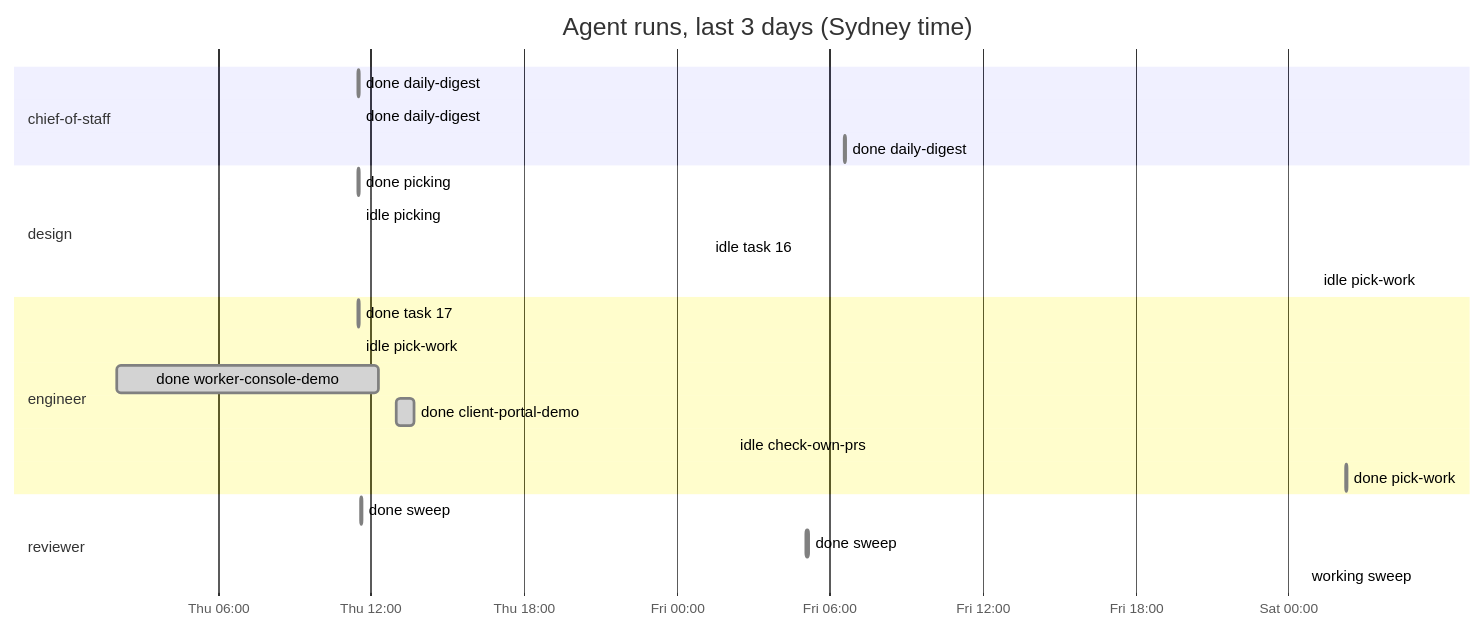
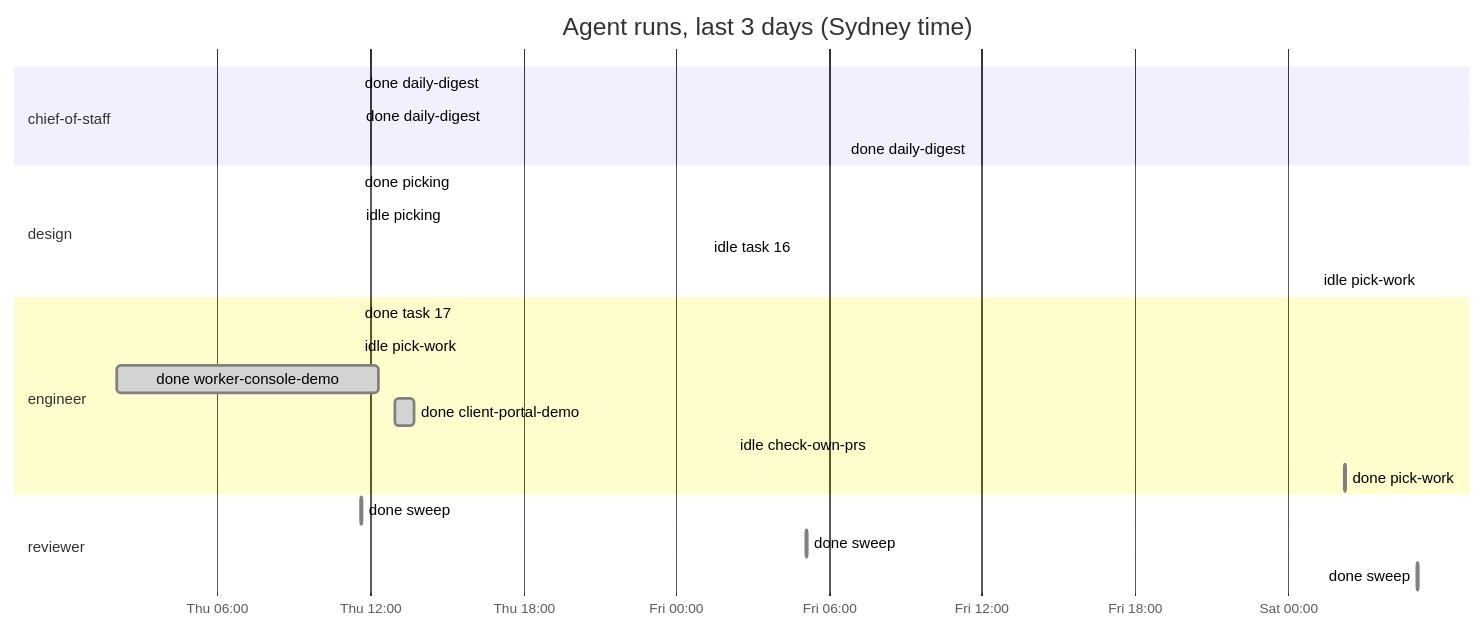
One commit to roulmediateam-byte/fifteen-expert-hq changed the diagram in dashboard.md. Above: the diagram before and after it, drawn with Mermaid. The commit also changed other lines of this file and 1 other file, not shown here.

````diff
--- a/dashboard.md
+++ b/dashboard.md
@@ -35,26 +35,26 @@
 ```mermaid
 gantt
     title Agent runs, last 3 days (Sydney time)
     dateFormat YYYY-MM-DD HH:mm
     axisFormat %a %H:%M
     section chief-of-staff
     done daily-digest :done, 2026-11-05 11:31, 2026-11-05 11:32
     done daily-digest :done, 2026-11-05 11:33, 2026-11-05 11:34
     done daily-digest :done, 2026-11-06 06:35, 2026-11-06 06:37
     section design
     done picking :done, 2026-11-05 11:31, 2026-11-05 11:32
     idle picking :done, 2026-11-05 11:33, 2026-11-05 11:33
     idle task 16 :done, 2026-11-06 01:14, 2026-11-06 01:15
     idle pick-work :done, 2026-11-07 01:08, 2026-11-07 01:08
     section engineer
     done task 17 :done, 2026-11-05 11:31, 2026-11-05 11:32
     idle pick-work :done, 2026-11-05 11:32, 2026-11-05 11:32
     done worker-console-demo :done, 2026-11-05 02:03, 2026-11-05 12:19
     done client-portal-demo :done, 2026-11-05 12:59, 2026-11-05 13:44
     idle check-own-prs :done, 2026-11-06 02:14, 2026-11-06 02:14
     done pick-work :done, 2026-11-07 02:15, 2026-11-07 02:18
     section reviewer
     done sweep :done, 2026-11-05 11:37, 2026-11-05 11:39
     done sweep :done, 2026-11-06 05:05, 2026-11-06 05:10
-    working sweep :active, 2026-11-07 05:05, 2026-11-07 05:05
+    done sweep :done, 2026-11-07 05:05, 2026-11-07 05:08
 ```
````
